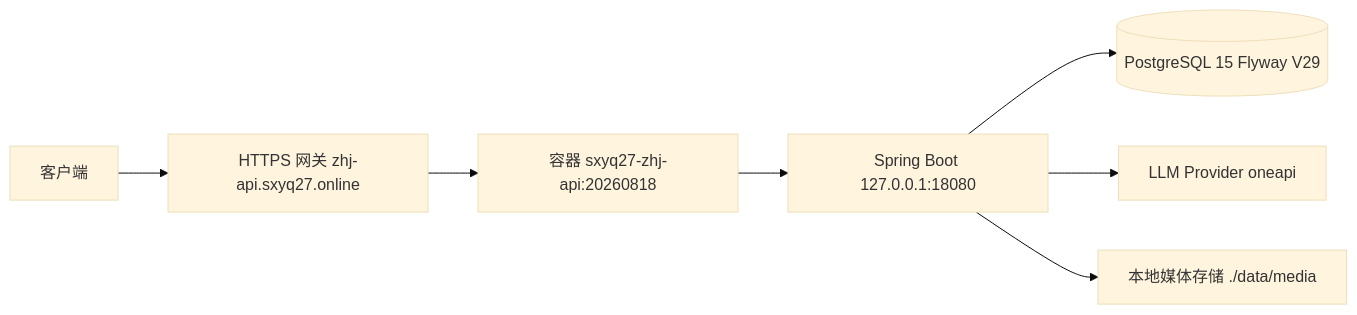
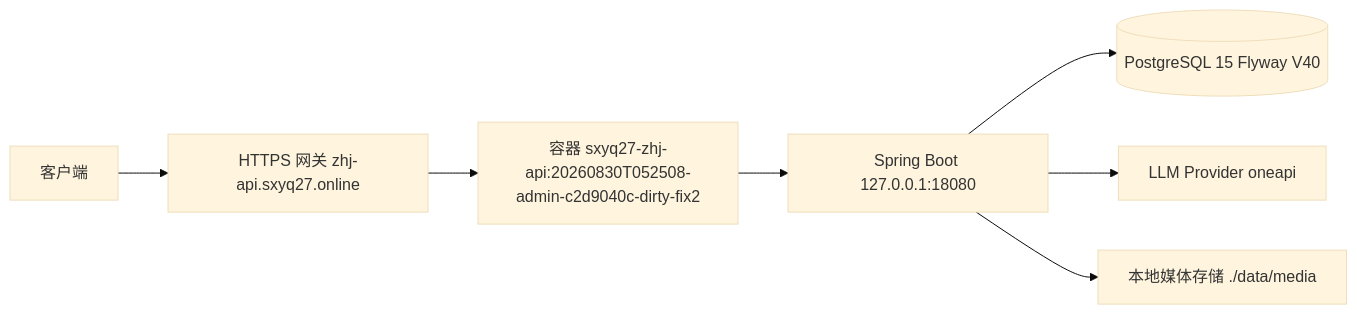
One commit to sxyq/mastergoods changed the diagram in docs/03_系统设计/部署架构/当前8220运行架构.md. Above: the diagram before and after it, drawn with Mermaid (base theme). The commit also changed other lines of this file and 56 other files, not shown here.

````diff
--- a/docs/03_系统设计/部署架构/当前8220运行架构.md
+++ b/docs/03_系统设计/部署架构/当前8220运行架构.md
@@ -32,9 +32,9 @@
 ```mermaid
 flowchart LR
     U[客户端] --> G[HTTPS 网关 zhj-api.sxyq27.online]
-    G --> C[容器 sxyq27-zhj-api:20260818]
+    G --> C[容器 sxyq27-zhj-api:20260830T052508-admin-c2d9040c-dirty-fix2]
     C --> S[Spring Boot 127.0.0.1:18080]
-    S --> P[(PostgreSQL 15 Flyway V29)]
+    S --> P[(PostgreSQL 15 Flyway V40)]
     S --> L[LLM Provider oneapi]
     S --> M[本地媒体存储 ./data/media]
 ```
````
